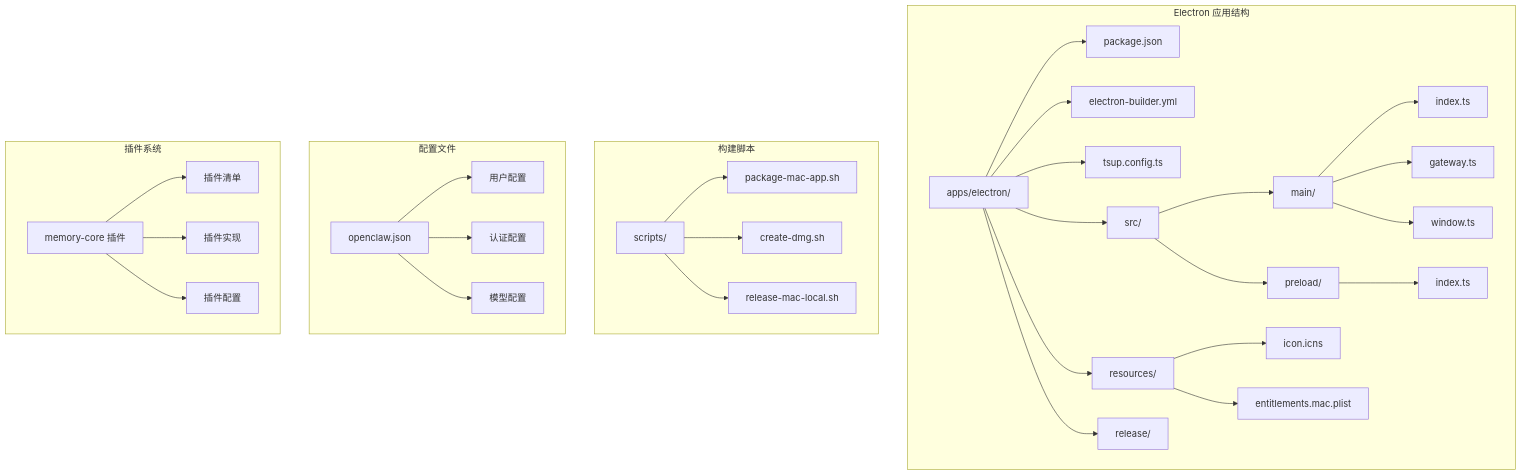
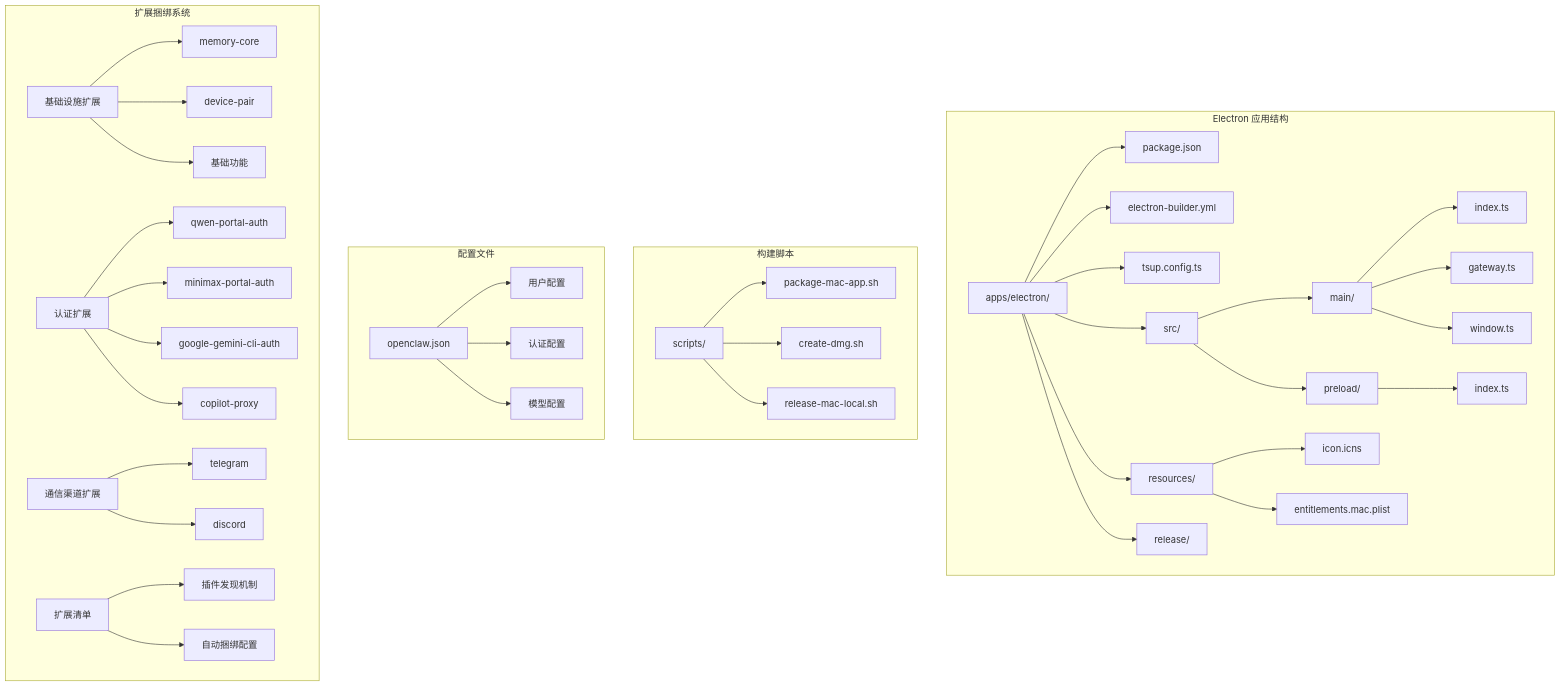
One commit to verse-ai-org/openclaw changed the first of 9 diagrams in .qoder/repowiki/zh/content/Electron Packaging Configuration.md. Above: the diagram before and after it, drawn with Mermaid. The commit also changed other lines of this file and 7 other files, not shown here.

````diff
--- a/.qoder/repowiki/zh/content/Electron Packaging Configuration.md
+++ b/.qoder/repowiki/zh/content/Electron Packaging Configuration.md
@@ -59,34 +67,42 @@
 ```mermaid
 graph TB
 subgraph "Electron 应用结构"
 A[apps/electron/] --> B[package.json]
 A --> C[electron-builder.yml]
 A --> D[tsup.config.ts]
 A --> E[src/]
 A --> F[resources/]
 A --> G[release/]
 E --> H[main/]
 E --> I[preload/]
 H --> J[index.ts]
 H --> K[gateway.ts]
 H --> L[window.ts]
 I --> M[index.ts]
 F --> N[icon.icns]
 F --> O[entitlements.mac.plist]
 end
 subgraph "构建脚本"
 P[scripts/] --> Q[package-mac-app.sh]
 P --> R[create-dmg.sh]
 P --> S[release-mac-local.sh]
 end
 subgraph "配置文件"
 T[openclaw.json] --> U[用户配置]
 T --> V[认证配置]
 T --> W[模型配置]
 end
-subgraph "插件系统"
-U1[memory-core 插件] --> U2[插件清单]
-U1 --> U3[插件实现]
-U1 --> U4[插件配置]
+subgraph "扩展捆绑系统"
+U1[基础设施扩展] --> U2[memory-core]
+U1 --> U3[device-pair]
+U1 --> U4[基础功能]
+U5[认证扩展] --> U6[qwen-portal-auth]
+U5 --> U7[minimax-portal-auth]
+U5 --> U8[google-gemini-cli-auth]
+U5 --> U9[copilot-proxy]
+U10[通信渠道扩展] --> U11[telegram]
+U10 --> U12[discord]
+U13[扩展清单] --> U14[插件发现机制]
+U13 --> U15[自动捆绑配置]
 end
 ```
````
